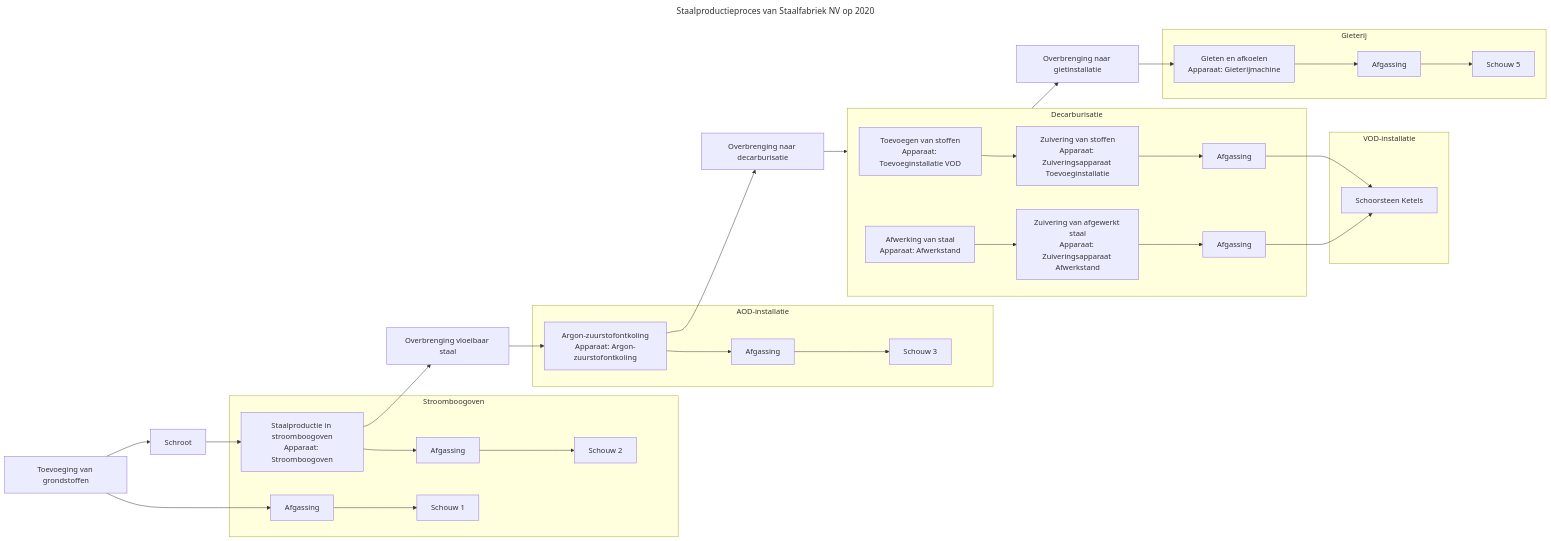
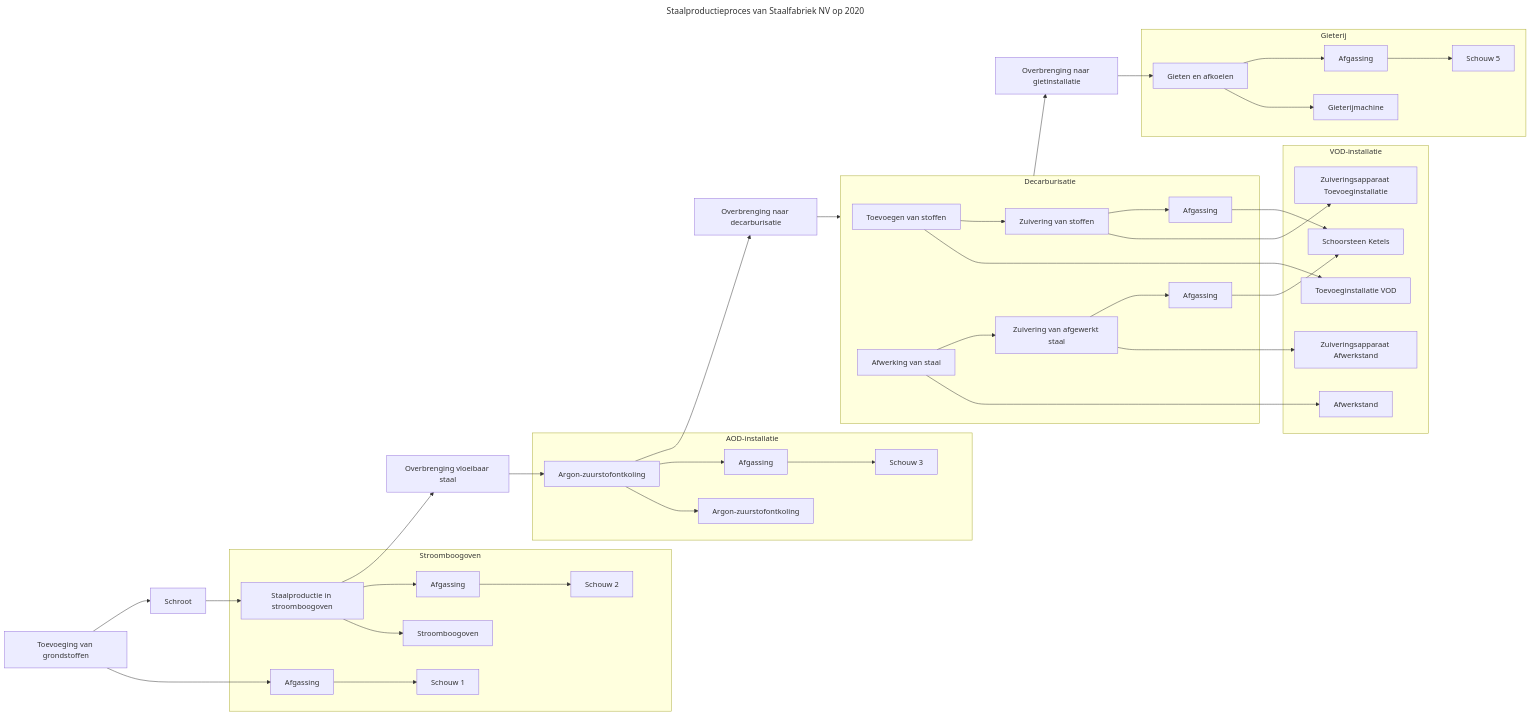
Before and after one commit to milieuinfo/RIE-IEPR: the diagram in documentatie/bin/activiteit-visualisatie/diagrams/0400123123_6851234567_ACTIVITEIT_1_VERSIE2020_proces_0400123123_6851234567_ACTIVITEIT_1_VERSIE2020.mmd, drawn with Mermaid. The commit also changed 23 other files, not shown here.

```diff
--- a/documentatie/bin/activiteit-visualisatie/diagrams/0400123123_6851234567_ACTIVITEIT_1_VERSIE2020_proces_0400123123_6851234567_ACTIVITEIT_1_VERSIE2020.mmd
+++ b/documentatie/bin/activiteit-visualisatie/diagrams/0400123123_6851234567_ACTIVITEIT_1_VERSIE2020_proces_0400123123_6851234567_ACTIVITEIT_1_VERSIE2020.mmd
@@ -1,76 +1,79 @@
 ---
 title: "Staalproductieproces van Staalfabriek NV op 2020"
 ---
 flowchart LR
 subgraph proces_0400123123_6851234567_ACTIVITEIT_1_0009_VERSIE2020["Decarburisatie"]
-proces_0400123123_6851234567_ACTIVITEIT_1_0009_001["Toevoegen van stoffen
-Apparaat: Toevoeginstallatie VOD"]
-proces_0400123123_6851234567_ACTIVITEIT_1_0009_002["Zuivering van stoffen
-Apparaat: Zuiveringsapparaat Toevoeginstallatie"]
+proces_0400123123_6851234567_ACTIVITEIT_1_0009_001["Toevoegen van stoffen"]
+proces_0400123123_6851234567_ACTIVITEIT_1_0009_002["Zuivering van stoffen"]
 proces_0400123123_6851234567_ACTIVITEIT_1_0009_003["Afgassing"]
-proces_0400123123_6851234567_ACTIVITEIT_1_0009_004["Afwerking van staal
-Apparaat: Afwerkstand"]
-proces_0400123123_6851234567_ACTIVITEIT_1_0009_005["Zuivering van afgewerkt staal
-Apparaat: Zuiveringsapparaat Afwerkstand"]
+proces_0400123123_6851234567_ACTIVITEIT_1_0009_004["Afwerking van staal"]
+proces_0400123123_6851234567_ACTIVITEIT_1_0009_005["Zuivering van afgewerkt staal"]
 proces_0400123123_6851234567_ACTIVITEIT_1_0009_006["Afgassing"]
 end
 subgraph installatie_0400123123_6851234567_0000001["Stroomboogoven"]
 emissiepunt_0400123123_6851234567_0000001["Schouw 1"]
 proces_0400123123_6851234567_ACTIVITEIT_1_0002["Afgassing"]
 emissiepunt_0400123123_6851234567_0000002["Schouw 2"]
 proces_0400123123_6851234567_ACTIVITEIT_1_0005["Afgassing"]
-proces_0400123123_6851234567_ACTIVITEIT_1_0004["Staalproductie in stroomboogoven
-Apparaat: Stroomboogoven"]
+apparaat_0400123123_6851234567_0001["Stroomboogoven"]
+proces_0400123123_6851234567_ACTIVITEIT_1_0004["Staalproductie in stroomboogoven"]
 end
 subgraph installatie_0400123123_6851234567_0000002["Gieterij"]
 emissiepunt_0400123123_6851234567_0000005["Schouw 5"]
 proces_0400123123_6851234567_ACTIVITEIT_1_0012["Afgassing"]
-proces_0400123123_6851234567_ACTIVITEIT_1_0011["Gieten en afkoelen
-Apparaat: Gieterijmachine"]
+apparaat_0400123123_6851234567_0002["Gieterijmachine"]
+proces_0400123123_6851234567_ACTIVITEIT_1_0011["Gieten en afkoelen"]
 end
 subgraph installatie_0400123123_6851234567_0000003["VOD-installatie"]
 emissiepunt_0400123123_6851234567_0000004["Schoorsteen Ketels"]
 proces_0400123123_6851234567_ACTIVITEIT_1_0009_003["Afgassing"]
 proces_0400123123_6851234567_ACTIVITEIT_1_0009_006["Afgassing"]
-proces_0400123123_6851234567_ACTIVITEIT_1_0009_001["Toevoegen van stoffen
-Apparaat: Toevoeginstallatie VOD"]
-proces_0400123123_6851234567_ACTIVITEIT_1_0009_005["Zuivering van afgewerkt staal
-Apparaat: Zuiveringsapparaat Afwerkstand"]
-proces_0400123123_6851234567_ACTIVITEIT_1_0009_004["Afwerking van staal
-Apparaat: Afwerkstand"]
-proces_0400123123_6851234567_ACTIVITEIT_1_0009_002["Zuivering van stoffen
-Apparaat: Zuiveringsapparaat Toevoeginstallatie"]
+apparaat_0400123123_6851234567_0003["Toevoeginstallatie VOD"]
+proces_0400123123_6851234567_ACTIVITEIT_1_0009_001["Toevoegen van stoffen"]
+apparaat_0400123123_6851234567_0008["Zuiveringsapparaat Afwerkstand"]
+proces_0400123123_6851234567_ACTIVITEIT_1_0009_005["Zuivering van afgewerkt staal"]
+apparaat_0400123123_6851234567_0007["Afwerkstand"]
+proces_0400123123_6851234567_ACTIVITEIT_1_0009_004["Afwerking van staal"]
+apparaat_0400123123_6851234567_0005["Zuiveringsapparaat Toevoeginstallatie"]
+proces_0400123123_6851234567_ACTIVITEIT_1_0009_002["Zuivering van stoffen"]
 end
 subgraph installatie_0400123123_6851234567_0000004["AOD-installatie"]
 emissiepunt_0400123123_6851234567_0000003["Schouw 3"]
 proces_0400123123_6851234567_ACTIVITEIT_1_0008["Afgassing"]
-proces_0400123123_6851234567_ACTIVITEIT_1_0007["Argon-zuurstofontkoling
-Apparaat: Argon-zuurstofontkoling"]
+apparaat_0400123123_6851234567_0004["Argon-zuurstofontkoling"]
+proces_0400123123_6851234567_ACTIVITEIT_1_0007["Argon-zuurstofontkoling"]
 end
 proces_0400123123_6851234567_ACTIVITEIT_1_0001["Toevoeging van grondstoffen"]
 proces_0400123123_6851234567_ACTIVITEIT_1_0003["Schroot"]
 proces_0400123123_6851234567_ACTIVITEIT_1_0006["Overbrenging vloeibaar staal"]
 proces_0400123123_6851234567_ACTIVITEIT_1_0008b["Overbrenging naar decarburisatie"]
 proces_0400123123_6851234567_ACTIVITEIT_1_0010["Overbrenging naar gietinstallatie"]
 proces_0400123123_6851234567_ACTIVITEIT_1_0002 --> emissiepunt_0400123123_6851234567_0000001
+proces_0400123123_6851234567_ACTIVITEIT_1_0004 --> apparaat_0400123123_6851234567_0001
 proces_0400123123_6851234567_ACTIVITEIT_1_0005 --> emissiepunt_0400123123_6851234567_0000002
+proces_0400123123_6851234567_ACTIVITEIT_1_0007 --> apparaat_0400123123_6851234567_0004
 proces_0400123123_6851234567_ACTIVITEIT_1_0008 --> emissiepunt_0400123123_6851234567_0000003
+proces_0400123123_6851234567_ACTIVITEIT_1_0011 --> apparaat_0400123123_6851234567_0002
 proces_0400123123_6851234567_ACTIVITEIT_1_0012 --> emissiepunt_0400123123_6851234567_0000005
+proces_0400123123_6851234567_ACTIVITEIT_1_0009_001 --> apparaat_0400123123_6851234567_0003
+proces_0400123123_6851234567_ACTIVITEIT_1_0009_002 --> apparaat_0400123123_6851234567_0005
 proces_0400123123_6851234567_ACTIVITEIT_1_0009_003 --> emissiepunt_0400123123_6851234567_0000004
+proces_0400123123_6851234567_ACTIVITEIT_1_0009_004 --> apparaat_0400123123_6851234567_0007
+proces_0400123123_6851234567_ACTIVITEIT_1_0009_005 --> apparaat_0400123123_6851234567_0008
 proces_0400123123_6851234567_ACTIVITEIT_1_0009_006 --> emissiepunt_0400123123_6851234567_0000004
 proces_0400123123_6851234567_ACTIVITEIT_1_0001 --> proces_0400123123_6851234567_ACTIVITEIT_1_0002
 proces_0400123123_6851234567_ACTIVITEIT_1_0001 --> proces_0400123123_6851234567_ACTIVITEIT_1_0003
 proces_0400123123_6851234567_ACTIVITEIT_1_0003 --> proces_0400123123_6851234567_ACTIVITEIT_1_0004
 proces_0400123123_6851234567_ACTIVITEIT_1_0004 --> proces_0400123123_6851234567_ACTIVITEIT_1_0005
 proces_0400123123_6851234567_ACTIVITEIT_1_0004 --> proces_0400123123_6851234567_ACTIVITEIT_1_0006
 proces_0400123123_6851234567_ACTIVITEIT_1_0006 --> proces_0400123123_6851234567_ACTIVITEIT_1_0007
 proces_0400123123_6851234567_ACTIVITEIT_1_0007 --> proces_0400123123_6851234567_ACTIVITEIT_1_0008
 proces_0400123123_6851234567_ACTIVITEIT_1_0007 --> proces_0400123123_6851234567_ACTIVITEIT_1_0008b
 proces_0400123123_6851234567_ACTIVITEIT_1_0008b --> proces_0400123123_6851234567_ACTIVITEIT_1_0009_VERSIE2020
 proces_0400123123_6851234567_ACTIVITEIT_1_0009_001 --> proces_0400123123_6851234567_ACTIVITEIT_1_0009_002
 proces_0400123123_6851234567_ACTIVITEIT_1_0009_002 --> proces_0400123123_6851234567_ACTIVITEIT_1_0009_003
 proces_0400123123_6851234567_ACTIVITEIT_1_0009_004 --> proces_0400123123_6851234567_ACTIVITEIT_1_0009_005
 proces_0400123123_6851234567_ACTIVITEIT_1_0009_005 --> proces_0400123123_6851234567_ACTIVITEIT_1_0009_006
 proces_0400123123_6851234567_ACTIVITEIT_1_0009_VERSIE2020 --> proces_0400123123_6851234567_ACTIVITEIT_1_0010
 proces_0400123123_6851234567_ACTIVITEIT_1_0010 --> proces_0400123123_6851234567_ACTIVITEIT_1_0011
 proces_0400123123_6851234567_ACTIVITEIT_1_0011 --> proces_0400123123_6851234567_ACTIVITEIT_1_0012
```
